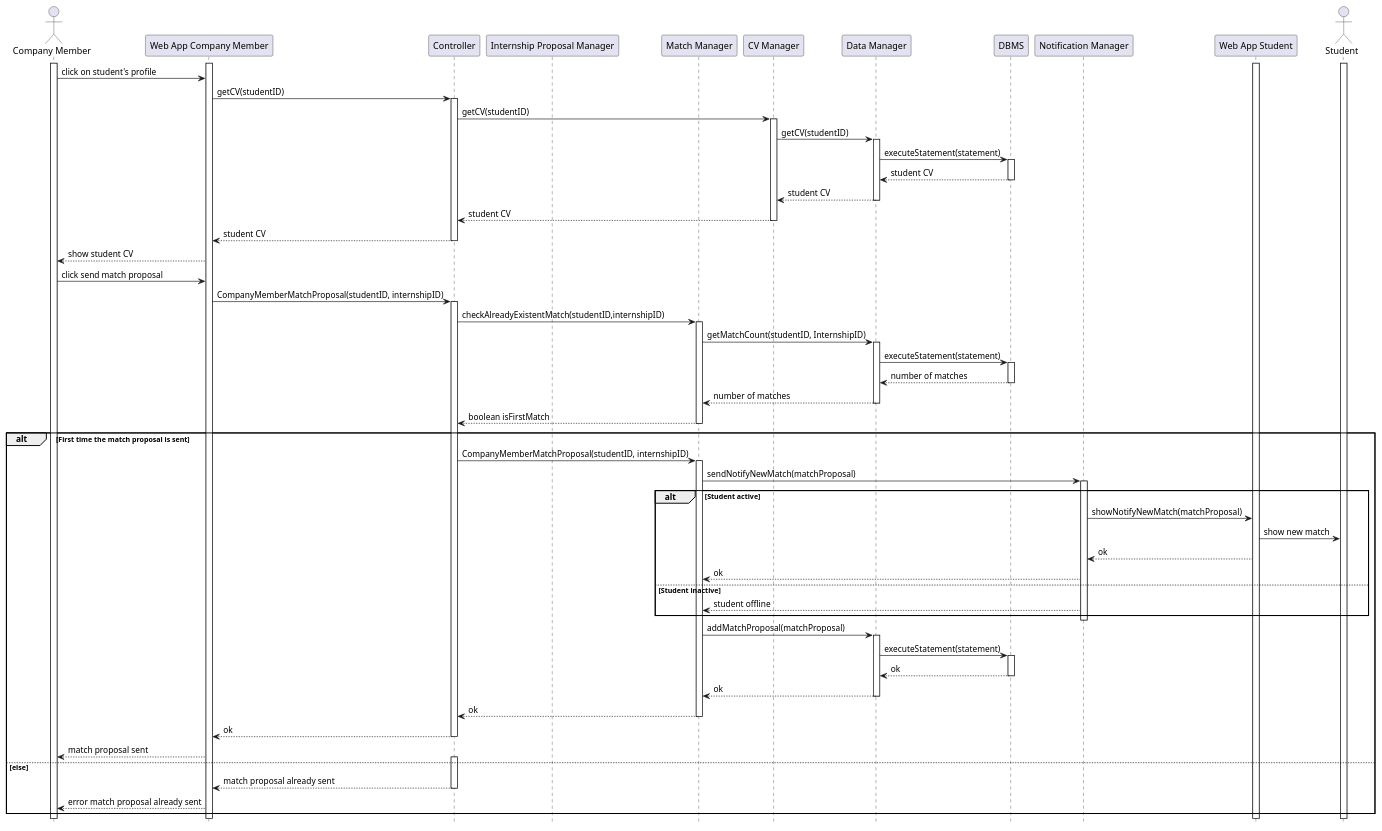
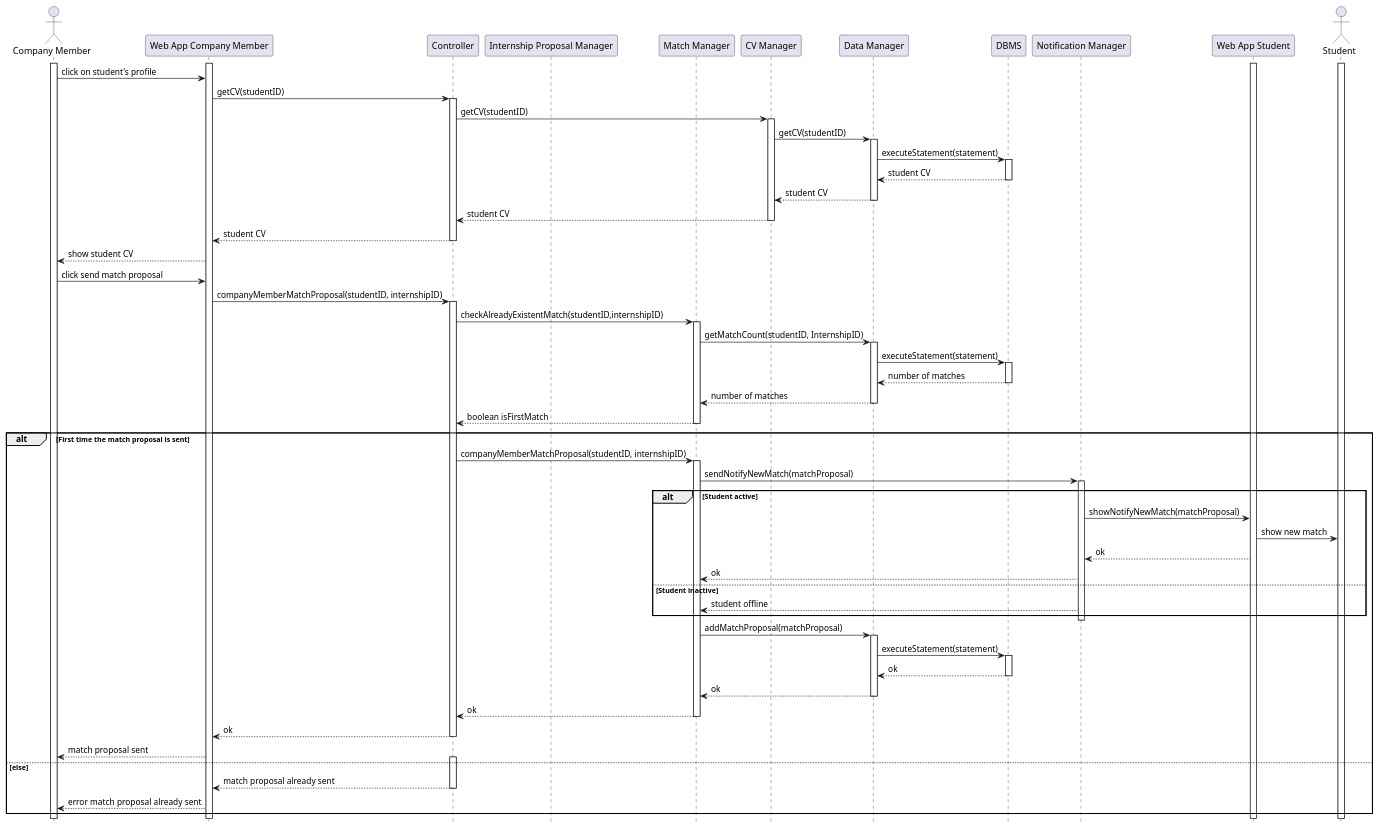
One commit to matti8702/R_and_DD_project_SE2 changed the diagram in DD/Architectural_design/uml_diagrams/RV17_diagram.puml. Above: the diagram before and after it, drawn with PlantUML. The commit also changed 1 other file, not shown here.

Commit message:
fix: fix typo in RV17 diagram

```diff
--- a/DD/Architectural_design/uml_diagrams/RV17_diagram.puml
+++ b/DD/Architectural_design/uml_diagrams/RV17_diagram.puml
@@ -1,99 +1,99 @@
 @startuml RV17_diagram
 hide footbox
 
 actor "Company Member" as CM 
 participant "Web App Company Member" as W
 participant "Controller" AS C
 participant "Internship Proposal Manager" as IP
 participant "Match Manager" as M
 participant "CV Manager" as CV
 participant "Data Manager" as DM
 participant "DBMS" as RD
 participant "Notification Manager" as NM
 participant "Web App Student" as WA
 actor "Student" as S 
 
 
 
 
 activate S
 activate W
 activate CM
 activate WA
 
 CM -> W: click on student's profile
 
 W ->C: getCV(studentID)
 activate C
 
 C -> CV: getCV(studentID)
 activate CV
 CV -> DM: getCV(studentID)
 activate DM
 DM -> RD: executeStatement(statement)
 activate RD
 RD --> DM: student CV
 deactivate RD
 DM --> CV: student CV
 deactivate DM
 CV --> C: student CV
 deactivate CV
 C --> W: student CV
 deactivate C
 W --> CM: show student CV
 
 CM -> W: click send match proposal
 
-W -> C: CompanyMemberMatchProposal(studentID, internshipID)
+W -> C: companyMemberMatchProposal(studentID, internshipID)
 activate C
 C -> M: checkAlreadyExistentMatch(studentID,internshipID)
 activate M
 
 M -> DM: getMatchCount(studentID, InternshipID)
 activate DM
 DM -> RD: executeStatement(statement)
 activate RD
 RD --> DM: number of matches
 deactivate RD
 DM --> M: number of matches
 deactivate DM
 M --> C: boolean isFirstMatch
 deactivate M
 
 alt First time the match proposal is sent
 
-    C -> M: CompanyMemberMatchProposal(studentID, internshipID)
+    C -> M: companyMemberMatchProposal(studentID, internshipID)
     activate M
 
     M -> NM: sendNotifyNewMatch(matchProposal)
     activate NM
     alt Student active
         NM -> WA: showNotifyNewMatch(matchProposal)
         WA -> S: show new match
         WA --> NM: ok
         NM --> M: ok
     else Student inactive
         NM --> M: student offline
     end
     deactivate NM
     M -> DM: addMatchProposal(matchProposal)
     activate DM
     DM -> RD: executeStatement(statement)
     activate RD
     RD --> DM: ok
     deactivate RD
     DM --> M: ok
     deactivate DM
     M --> C: ok
     deactivate M
     C --> W: ok
     deactivate C
     W --> CM: match proposal sent
 else else
     activate C
     C --> W: match proposal already sent
     deactivate C
     W --> CM: error match proposal already sent
 end
 
 @enduml
```
